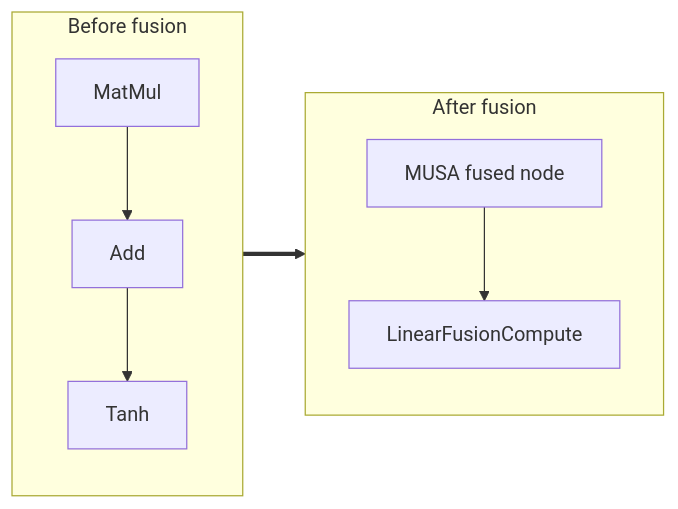
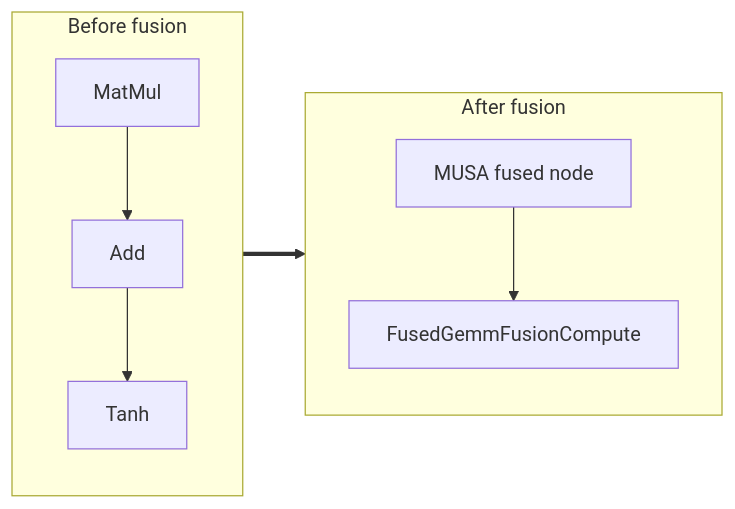
The diagram in musa/docs/fusion/fused_gemm.md (MooreThreads/onnxruntime-musa), drawn with Mermaid before and after one commit. The commit also changed other lines of this file and 45 other files, not shown here.

````diff
--- a/musa/docs/fusion/fused_gemm.md
+++ b/musa/docs/fusion/fused_gemm.md
@@ -24,16 +24,16 @@
 ```mermaid
 flowchart LR
   subgraph Before[Before fusion]
     B0["MatMul"]
     B1["Add"]
     B2["Tanh"]
     B0 --> B1
     B1 --> B2
   end
   subgraph After[After fusion]
     A0["MUSA fused node"]
-    A1["LinearFusionCompute"]
+    A1["FusedGemmFusionCompute"]
     A0 --> A1
   end
   Before ==> After
 ```
````
